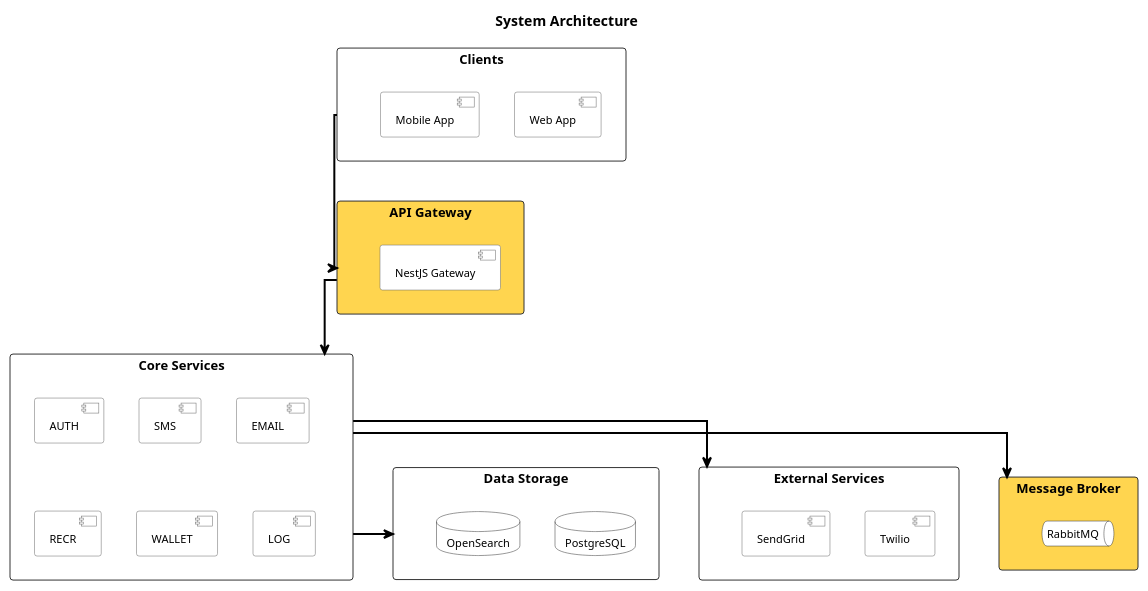
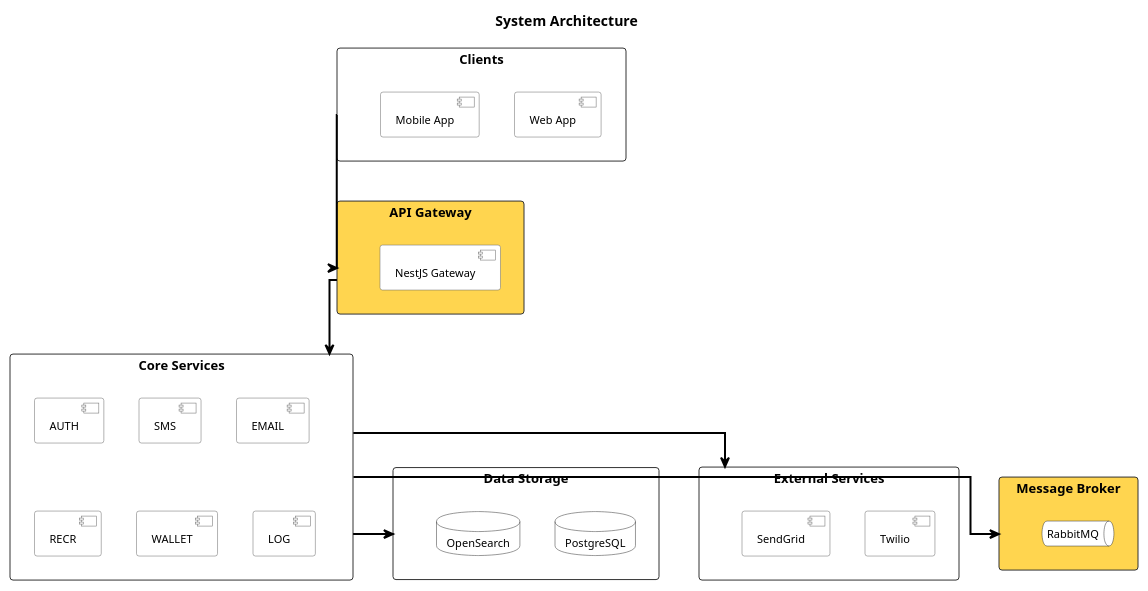
The diagram in templates/architecture-system.puml (namnh240795/document), drawn with PlantUML before and after one commit. The commit also changed 2 other files, not shown here.

Commit message:
fix: force 3 boxes directly under Core Services

```diff
--- a/templates/architecture-system.puml
+++ b/templates/architecture-system.puml
@@ -1,114 +1,116 @@
 @startuml
 ' ============================================================
 ' System Architecture - Authentication System
 ' Straight arrows, 3 bottom boxes on same row
 ' ============================================================
 
 top to bottom direction
 
 skinparam linetype ortho
 skinparam defaultFontName "Arial"
 skinparam defaultFontSize 12
 
 skinparam rectangle {
   RoundCorner 6
   BorderColor #333333
   FontSize 13
   FontStyle bold
   FontColor #000000
 }
 
 skinparam component {
   BackgroundColor #FFFFFF
   BorderColor #666666
   FontSize 11
   FontColor #000000
 }
 
 skinparam database {
   BackgroundColor #FFFFFF
   BorderColor #333333
   FontSize 11
   FontColor #000000
 }
 
 skinparam queue {
   BackgroundColor #FFFFFF
   BorderColor #333333
   FontSize 11
   FontColor #000000
 }
 
 skinparam arrow {
   Color #000000
   Thickness 2
 }
 
 title System Architecture
 
 ' ============================================================
 ' LAYER 1 - Clients
 ' ============================================================
 rectangle "  Clients  " as clients #FFFFFF {
   component "Web App" as web
   component "Mobile App" as mobile
 }
 
 ' ============================================================
 ' LAYER 2 - Gateway
 ' ============================================================
 rectangle "  API Gateway  " as gw #FFD54F {
   component "NestJS Gateway" as gateway
 }
 
 ' ============================================================
 ' LAYER 3 - Core Services
 ' ============================================================
 rectangle "  Core Services  " as services #FFFFFF {
   component "AUTH" as auth
   component "SMS" as sms
   component "EMAIL" as email
   component "RECR" as recr
   component "WALLET" as wallet
   component "LOG" as log
 }
 
 ' ============================================================
 ' LAYER 4 - Data Storage | External | Message Broker (same row)
 ' ============================================================
 rectangle "  Data Storage  " as storage #FFFFFF {
   database "PostgreSQL" as pg
   database "OpenSearch" as os
 }
 
 rectangle "  External Services  " as external #FFFFFF {
   component "Twilio" as twilio
   component "SendGrid" as sendgrid
 }
 
 rectangle "  Message Broker  " as broker #FFD54F {
   queue "RabbitMQ" as mq
 }
 
 ' ============================================================
 ' LAYOUT FORCING
 ' ============================================================
 ' Vertical flow
 clients -[hidden]down-> gw
 gw -[hidden]down-> services
+
+' Force 3 boxes on same row, directly under services
 services -[hidden]down-> storage
-
-' Force 3 boxes on same row
+services -[hidden]down-> external
+services -[hidden]down-> broker
 storage -[hidden]right-> external
 external -[hidden]right-> broker
 
 ' ============================================================
 ' CONNECTIONS
 ' ============================================================
 clients -down-> gw
 gw -down-> services
 services -down-> storage
 services -down-> broker
 services -down-> external
 
 @enduml
```
